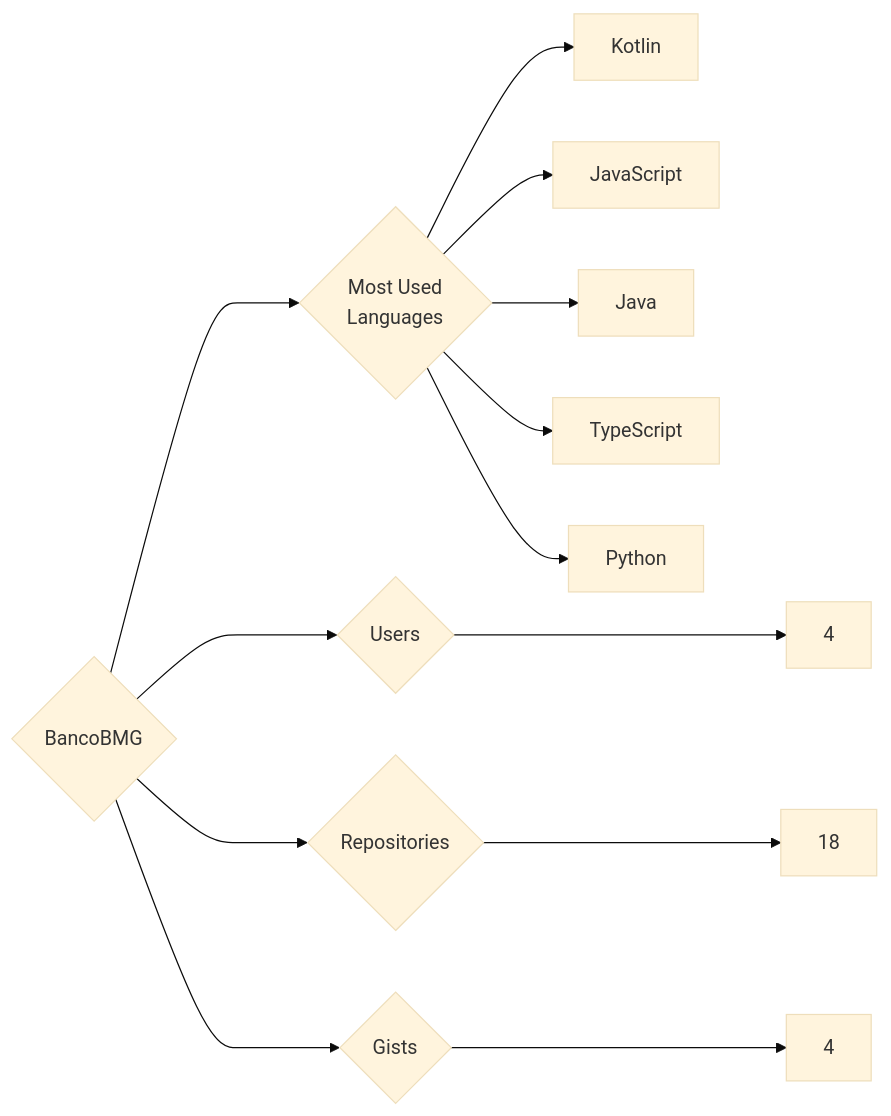
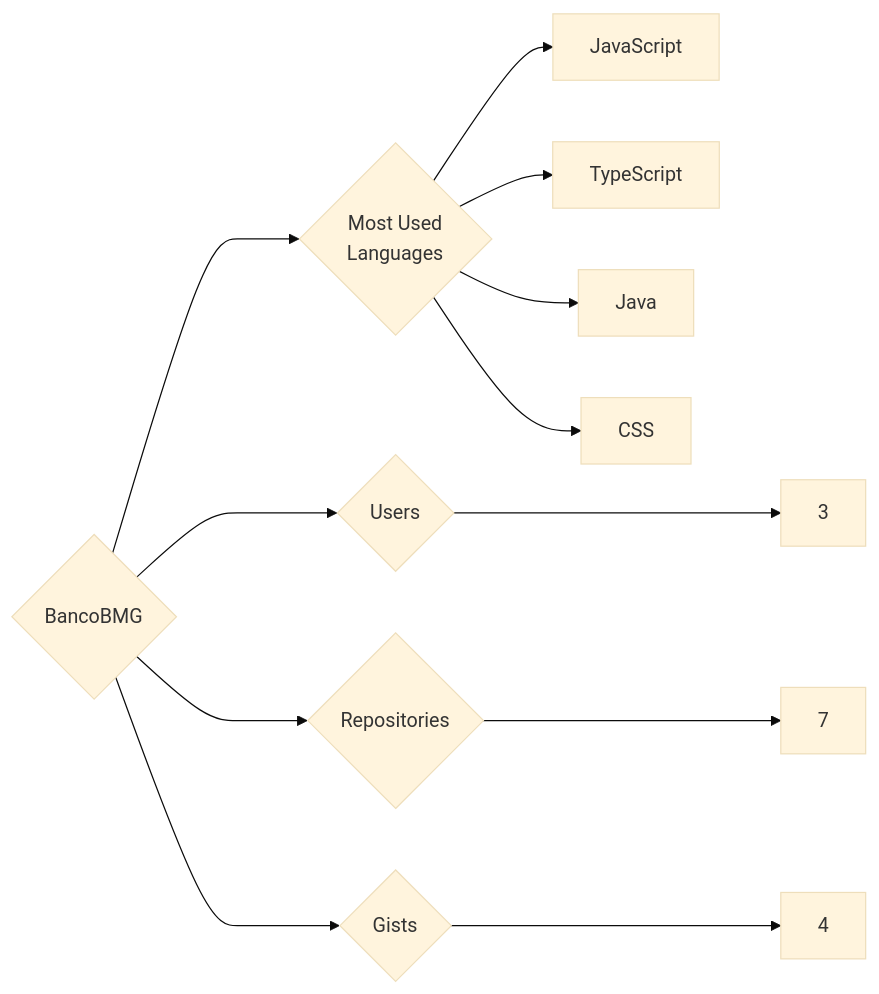
Before and after one commit to trickest/insiders: the diagram in targets/BancoBMG/README.md, drawn with Mermaid (base theme). The commit also changed 1123 other files, not shown here.

````diff
--- a/targets/BancoBMG/README.md
+++ b/targets/BancoBMG/README.md
@@ -3,13 +3,12 @@
 ```mermaid
 graph LR
 COMPANY_NAME{BancoBMG}
-COMPANY_NAME ---> U{Users} ---> UN[4]
-COMPANY_NAME ---> R{Repositories} ---> RN[18]
+COMPANY_NAME ---> U{Users} ---> UN[3]
+COMPANY_NAME ---> R{Repositories} ---> RN[7]
 COMPANY_NAME ---> G{Gists} ---> GN[4]
 COMPANY_NAME ---> ML{Most Used<br>Languages}
-ML --> Kotlin[Kotlin]
 ML --> JavaScript[JavaScript]
+ML --> TypeScript[TypeScript]
 ML --> Java[Java]
-ML --> TypeScript[TypeScript]
-ML --> Python[Python]
+ML --> CSS[CSS]
 ```
````
